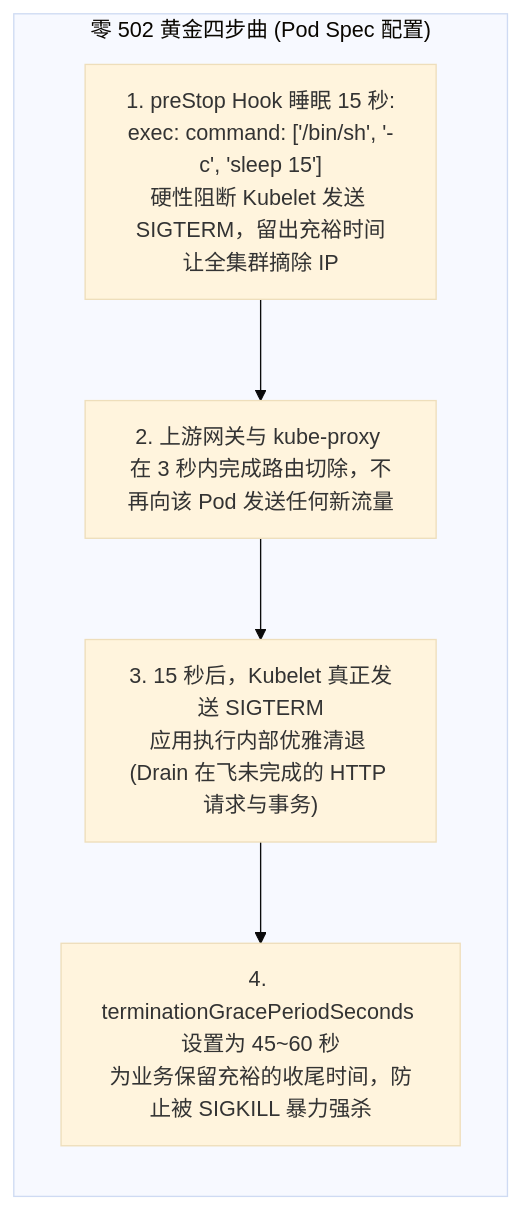
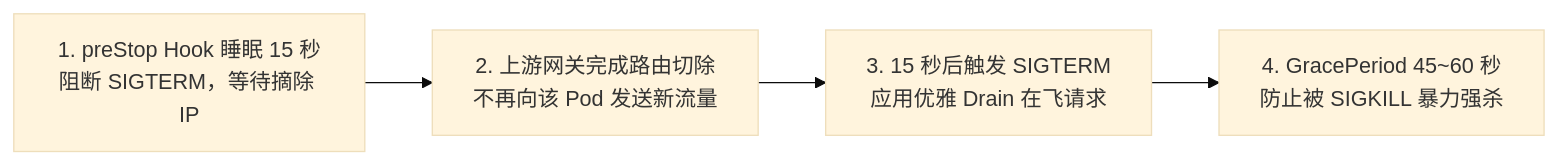
The second of 7 diagrams in content/posts/kubernetes-internals/k8s-10-production-ha-cluster-graceful-shutdown-troubleshooting.md (MoreConsequence/MoreConsequence.github.io), drawn with Mermaid (base theme) before and after one commit. The commit also changed other lines of this file and 835 other files, not shown here.

First line of the commit message:
feat(blog): 全站33篇新增深度专栏与博文全量审核上线及矢量图表优化

````diff
--- a/content/posts/kubernetes-internals/k8s-10-production-ha-cluster-graceful-shutdown-troubleshooting.md
+++ b/content/posts/kubernetes-internals/k8s-10-production-ha-cluster-graceful-shutdown-troubleshooting.md
@@ -93,12 +93,6 @@
 ```mermaid
-flowchart TD
-    subgraph ZeroDowntime["零 502 黄金四步曲 (Pod Spec 配置)"]
-        direction TB
-        Step1["1. preStop Hook 睡眠 15 秒:<br/>exec: command: ['/bin/sh', '-c', 'sleep 15']<br/>硬性阻断 Kubelet 发送 SIGTERM，留出充裕时间让全集群摘除 IP"]
-        Step2["2. 上游网关与 kube-proxy 在 3 秒内完成路由切除，不再向该 Pod 发送任何新流量"]
-        Step3["3. 15 秒后，Kubelet 真正发送 SIGTERM<br/>应用执行内部优雅清退 (Drain 在飞未完成的 HTTP 请求与事务)"]
-        Step4["4. terminationGracePeriodSeconds 设置为 45~60 秒<br/>为业务保留充裕的收尾时间，防止被 SIGKILL 暴力强杀"]
-
-        Step1 --> Step2 --> Step3 --> Step4
-    end
+flowchart LR
+    Step1["1. preStop Hook 睡眠 15 秒<br/>阻断 SIGTERM，等待摘除 IP"] --> Step2["2. 上游网关完成路由切除<br/>不再向该 Pod 发送新流量"]
+    Step2 --> Step3["3. 15 秒后触发 SIGTERM<br/>应用优雅 Drain 在飞请求"]
+    Step3 --> Step4["4. GracePeriod 45~60 秒<br/>防止被 SIGKILL 暴力强杀"]
 ```
````
